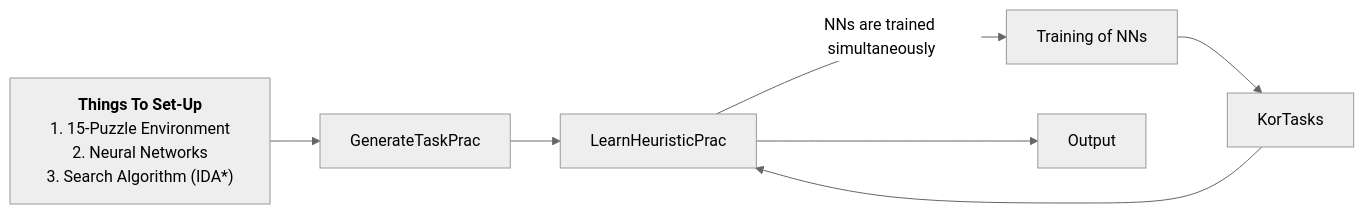
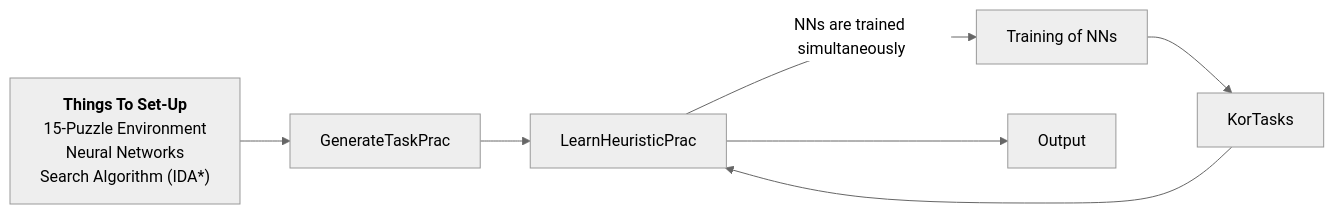
The diagram in README.md (OShagHennessy/Reproducibility_Assignment), drawn with Mermaid (neutral theme) before and after one commit.

````diff
--- a/README.md
+++ b/README.md
@@ -10,16 +10,16 @@
 ```mermaid
 flowchart LR;
 
 FirstBlock["`**Things To Set-Up**
-1. 15-Puzzle Environment
-2. Neural Networks
-3. Search Algorithm (IDA*)`"]
+15-Puzzle Environment
+Neural Networks
+Search Algorithm (IDA*)`"]
 Algorithm3["`GenerateTaskPrac`"]
 Algorithm4["`LearnHeuristicPrac`"]
 TrainingofNNs["`Training of NNs`"]
 KorTasks["KorTasks"]
 Output["Output"]
 
 FirstBlock --> Algorithm3 --> Algorithm4 --NNs are trained simultaneously--> TrainingofNNs --> KorTasks --> Algorithm4 --> Output
 
 ```
````
